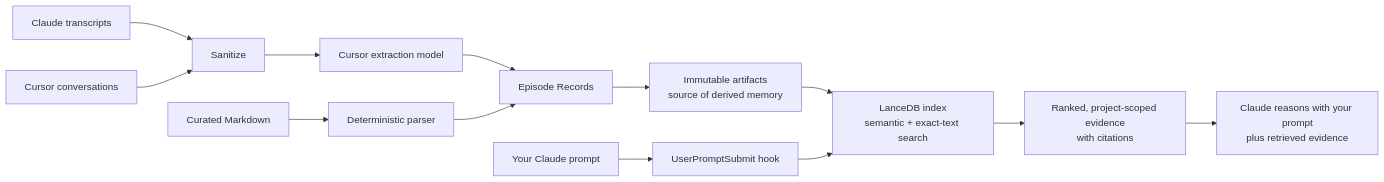
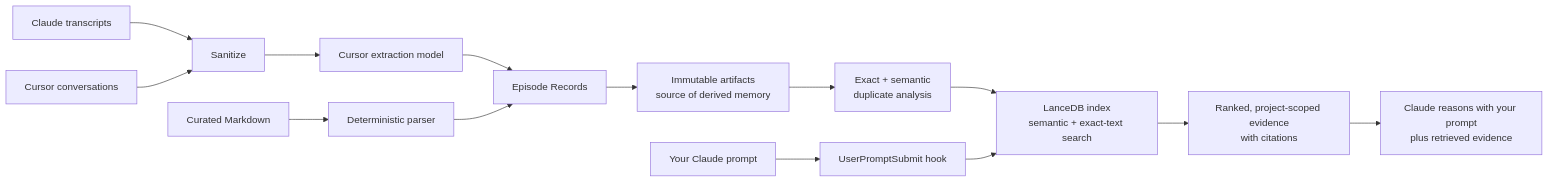
The diagram in README.md (ianhandley-lvt/session-rag), drawn with Mermaid before and after one commit. The commit also changed other lines of this file and 9 other files, not shown here.

````diff
--- a/README.md
+++ b/README.md
@@ -15,15 +15,17 @@
 ```mermaid
 flowchart LR
     A[Claude transcripts] --> S[Sanitize]
     B[Cursor conversations] --> S
     C[Curated Markdown] --> D[Deterministic parser]
     S --> E[Cursor extraction model]
     E --> R[Episode Records]
     D --> R
     R --> F[Immutable artifacts<br/>source of derived memory]
-    F --> I[LanceDB index<br/>semantic + exact-text search]
+    F --> U[Exact + semantic<br/>duplicate analysis]
+    U --> I
+    I[LanceDB index<br/>semantic + exact-text search]
     P[Your Claude prompt] --> H[UserPromptSubmit hook]
     H --> I
     I --> K[Ranked, project-scoped evidence<br/>with citations]
     K --> M[Claude reasons with your prompt<br/>plus retrieved evidence]
 ```
````
